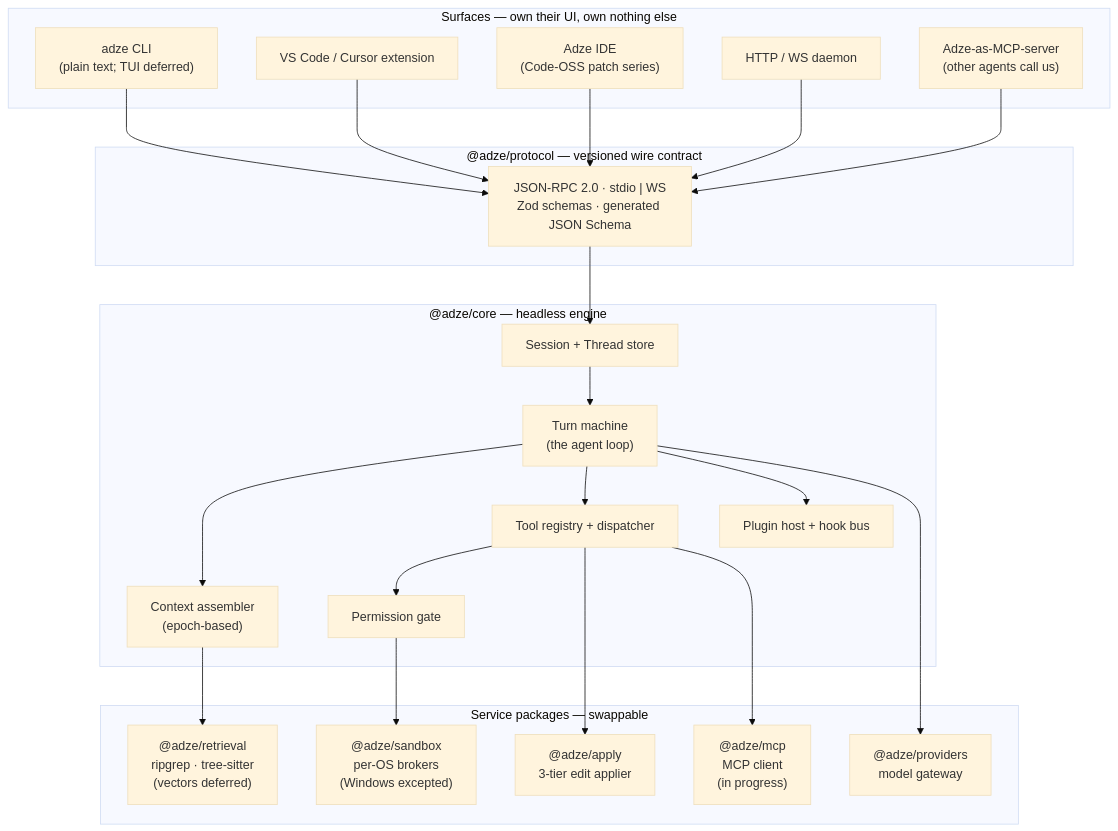
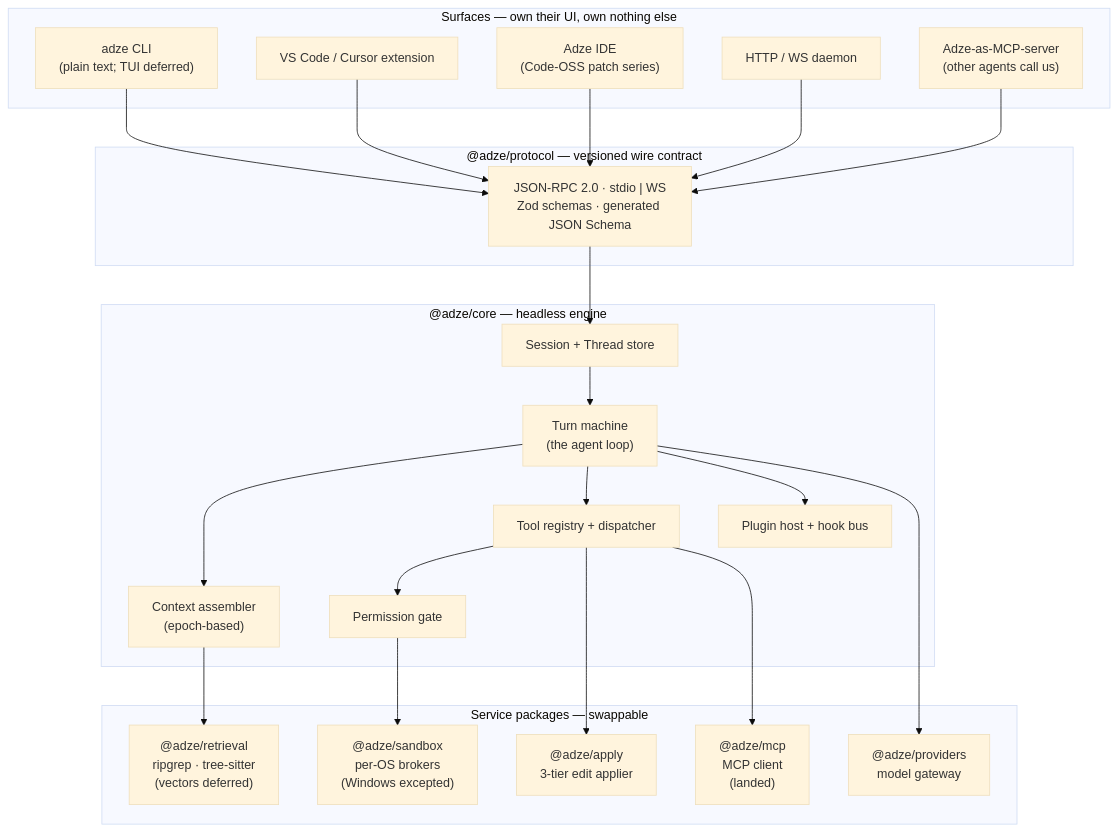
The first of 4 diagrams in docs/architecture/README.md (AyanB123/adze), drawn with Mermaid (base theme) before and after one commit. The commit also changed other lines of this file, not shown here.

First line of the commit message:
docs(arch): refresh architecture README for landed surfaces

````diff
--- a/docs/architecture/README.md
+++ b/docs/architecture/README.md
@@ -96,48 +98,48 @@
 ```mermaid
 graph TB
     subgraph S["Surfaces — own their UI, own nothing else"]
         CLI["adze CLI<br/>(plain text; TUI deferred)"]
         EXT["VS Code / Cursor extension"]
         IDE["Adze IDE<br/>(Code-OSS patch series)"]
         API["HTTP / WS daemon"]
         MCPS["Adze-as-MCP-server<br/>(other agents call us)"]
     end
 
     subgraph P["@adze/protocol — versioned wire contract"]
         WIRE["JSON-RPC 2.0 · stdio | WS<br/>Zod schemas · generated JSON Schema"]
     end
 
     subgraph E["@adze/core — headless engine"]
         SESS["Session + Thread store"]
         LOOP["Turn machine<br/>(the agent loop)"]
         TOOLS["Tool registry + dispatcher"]
         GATE["Permission gate"]
         CTX["Context assembler<br/>(epoch-based)"]
         PLUG["Plugin host + hook bus"]
     end
 
     subgraph SVC["Service packages — swappable"]
         PROV["@adze/providers<br/>model gateway"]
         APPLY["@adze/apply<br/>3-tier edit applier"]
         RETR["@adze/retrieval<br/>ripgrep · tree-sitter<br/>(vectors deferred)"]
         SAND["@adze/sandbox<br/>per-OS brokers<br/>(Windows excepted)"]
-        MCPC["@adze/mcp<br/>MCP client<br/>(in progress)"]
+        MCPC["@adze/mcp<br/>MCP client<br/>(landed)"]
     end
 
     CLI --> WIRE
     EXT --> WIRE
     IDE --> WIRE
     API --> WIRE
     MCPS --> WIRE
     WIRE --> SESS
     SESS --> LOOP
     LOOP --> CTX
     LOOP --> TOOLS
     TOOLS --> GATE
     GATE --> SAND
     LOOP --> PLUG
     CTX --> RETR
     LOOP --> PROV
     TOOLS --> APPLY
     TOOLS --> MCPC
 ```
````
